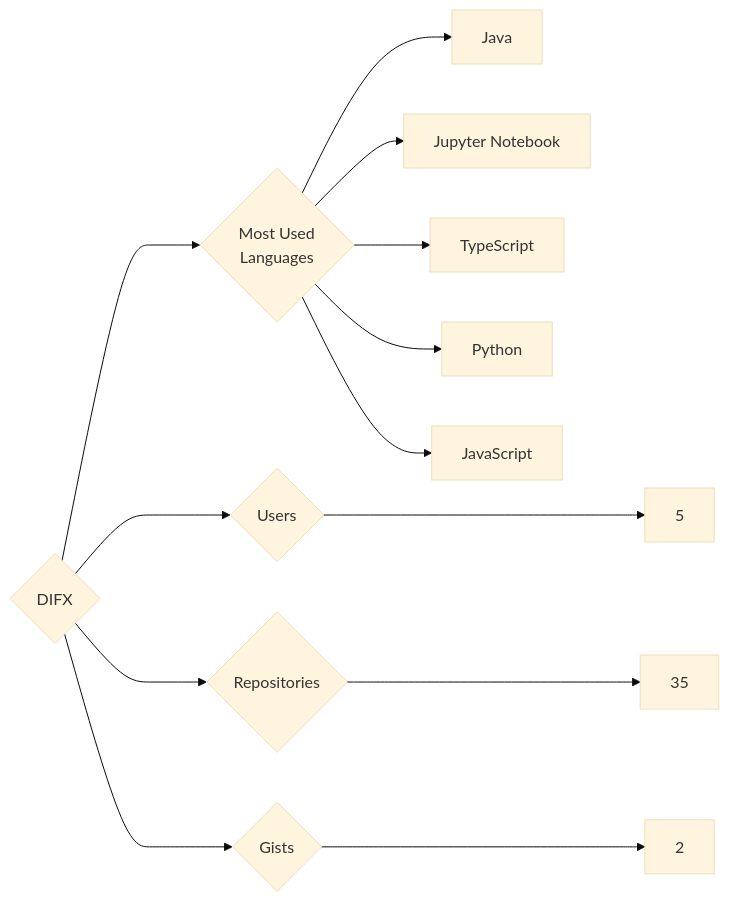
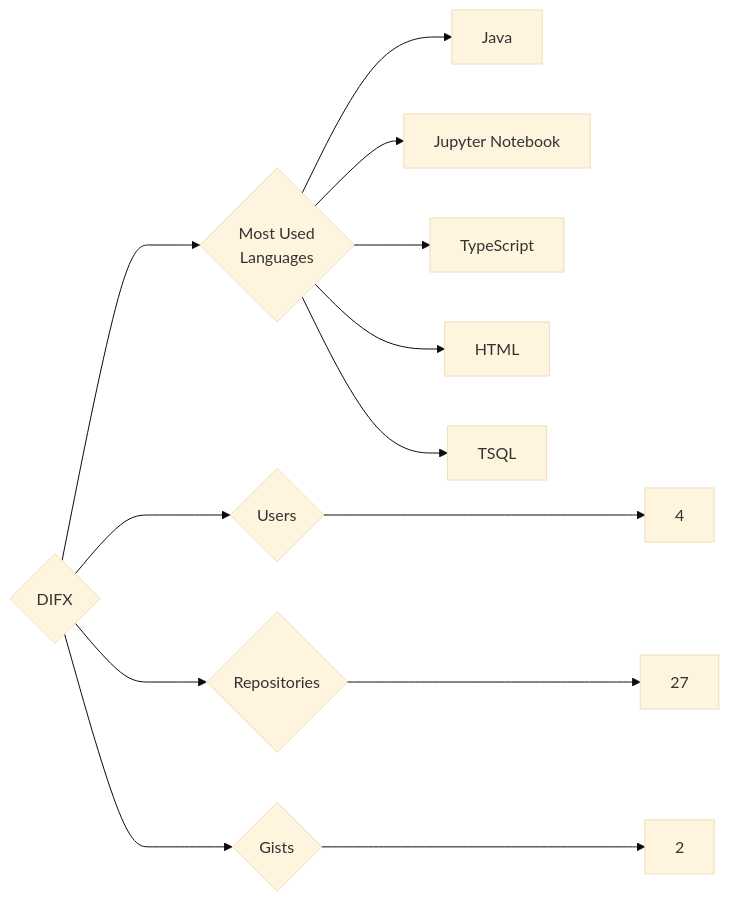
The diagram in targets/DIFX/README.md (trickest/insiders), drawn with Mermaid (base theme) before and after one commit. The commit also changed 1055 other files, not shown here.

````diff
--- a/targets/DIFX/README.md
+++ b/targets/DIFX/README.md
@@ -3,13 +3,13 @@
 ```mermaid
 graph LR
 COMPANY_NAME{DIFX}
-COMPANY_NAME ---> U{Users} ---> UN[5]
-COMPANY_NAME ---> R{Repositories} ---> RN[35]
+COMPANY_NAME ---> U{Users} ---> UN[4]
+COMPANY_NAME ---> R{Repositories} ---> RN[27]
 COMPANY_NAME ---> G{Gists} ---> GN[2]
 COMPANY_NAME ---> ML{Most Used<br>Languages}
 ML --> Java[Java]
 ML --> Jupyter_Notebook[Jupyter Notebook]
 ML --> TypeScript[TypeScript]
-ML --> Python[Python]
-ML --> JavaScript[JavaScript]
+ML --> HTML[HTML]
+ML --> TSQL[TSQL]
 ```
````
